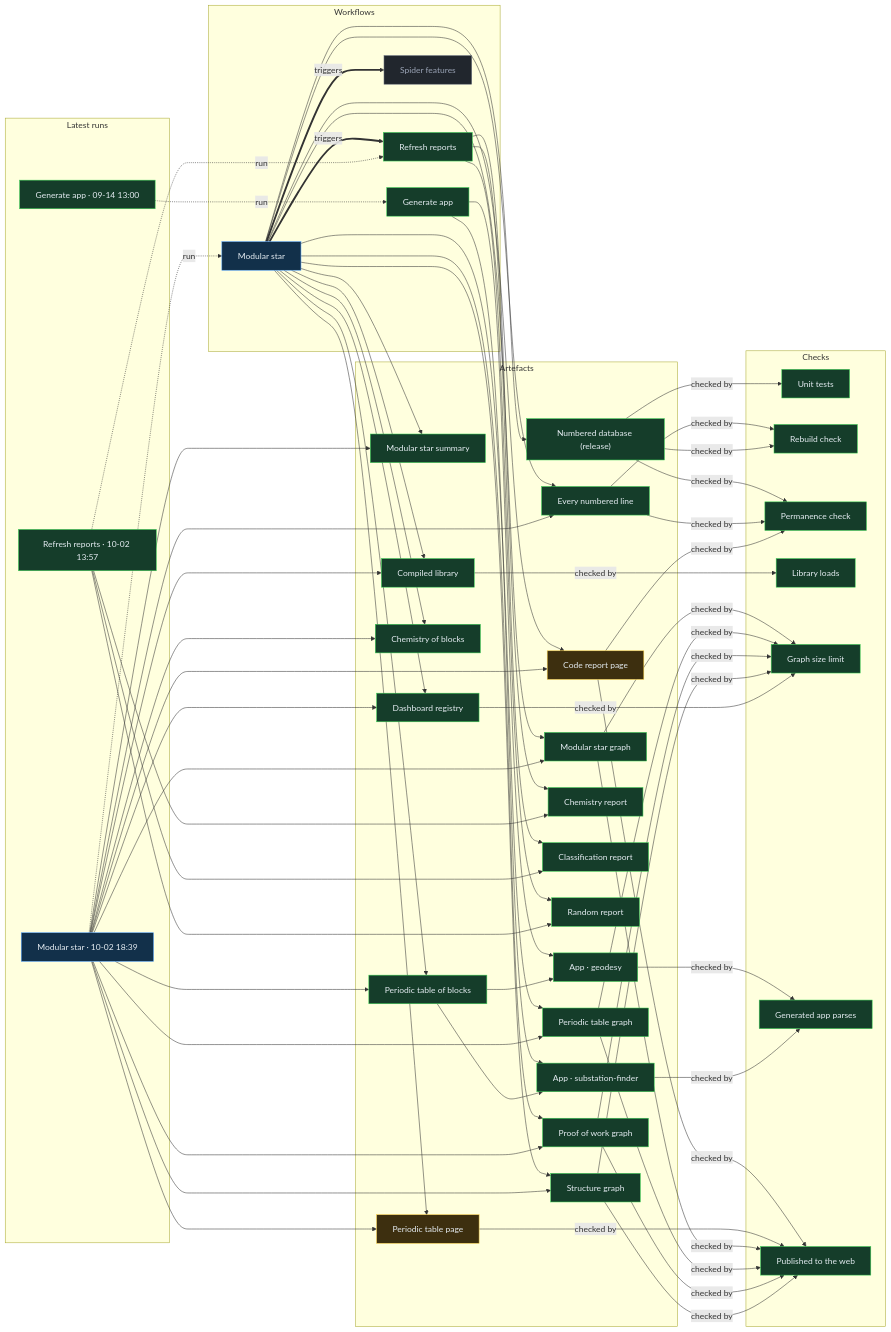
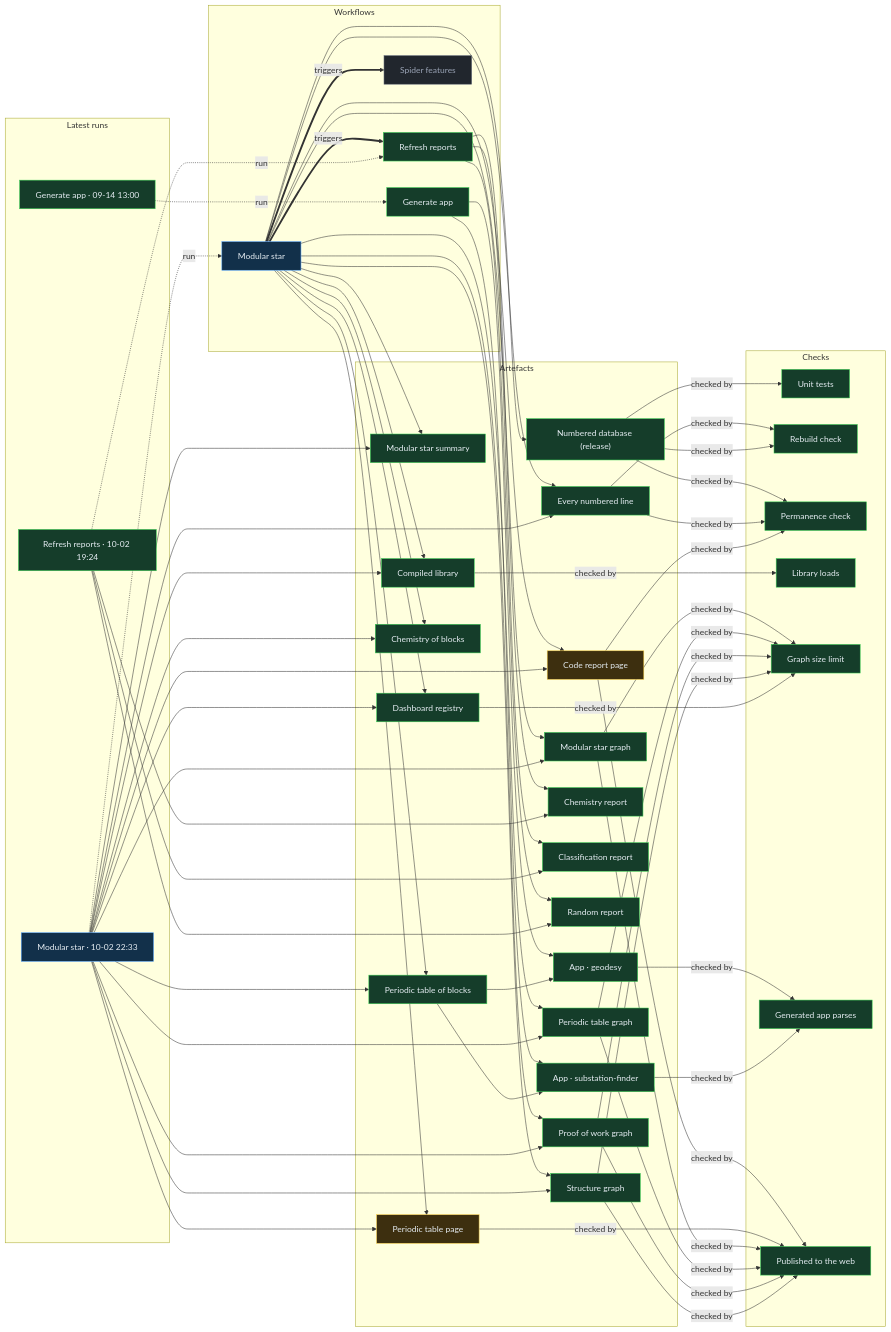
One commit to Ventusltd/stars changed the diagram in proof/PROOF.md. Above: the diagram before and after it, drawn with Mermaid. The commit also changed other lines of this file and 37 other files, not shown here.

Commit message:
Modular star 2026-10-02T22:35Z

```diff
--- a/proof/PROOF.md
+++ b/proof/PROOF.md
@@ -24,8 +24,8 @@
   n_wf_spider_features["Spider features"]:::off
   end
   subgraph g_runs["Latest runs"]
-  n_run_37048959740["Modular star · 10-02 18:39"]:::live
-  n_run_37016541206["Refresh reports · 10-02 13:57"]:::ok
+  n_run_37073083187["Modular star · 10-02 22:33"]:::live
+  n_run_37053930821["Refresh reports · 10-02 19:24"]:::ok
   n_run_34846587798["Generate app · 09-14 13:00"]:::ok
   end
   subgraph g_artefacts["Artefacts"]
@@ -59,39 +59,39 @@
   end
   n_wf_modular_star == triggers ==> n_wf_refresh
   n_wf_modular_star == triggers ==> n_wf_spider_features
-  n_run_37048959740 -. run .-> n_wf_modular_star
-  n_run_37016541206 -. run .-> n_wf_refresh
+  n_run_37073083187 -. run .-> n_wf_modular_star
+  n_run_37053930821 -. run .-> n_wf_refresh
   n_run_34846587798 -. run .-> n_wf_generate
   n_wf_modular_star --> n_art_summary
-  n_run_37048959740 --> n_art_summary
+  n_run_37073083187 --> n_art_summary
   n_wf_modular_star --> n_art_lines
-  n_run_37048959740 --> n_art_lines
+  n_run_37073083187 --> n_art_lines
   n_wf_modular_star --> n_art_code
-  n_run_37048959740 --> n_art_code
+  n_run_37073083187 --> n_art_code
   n_wf_modular_star --> n_art_modular_graph
-  n_run_37048959740 --> n_art_modular_graph
+  n_run_37073083187 --> n_art_modular_graph
   n_wf_modular_star --> n_art_blocks
-  n_run_37048959740 --> n_art_blocks
+  n_run_37073083187 --> n_art_blocks
   n_wf_modular_star --> n_art_table
-  n_run_37048959740 --> n_art_table
+  n_run_37073083187 --> n_art_table
   n_wf_modular_star --> n_art_blocks_graph
-  n_run_37048959740 --> n_art_blocks_graph
+  n_run_37073083187 --> n_art_blocks_graph
   n_wf_modular_star --> n_art_reactions
-  n_run_37048959740 --> n_art_reactions
+  n_run_37073083187 --> n_art_reactions
   n_wf_modular_star --> n_art_library
-  n_run_37048959740 --> n_art_library
+  n_run_37073083187 --> n_art_library
   n_wf_modular_star --> n_art_features
-  n_run_37048959740 --> n_art_features
+  n_run_37073083187 --> n_art_features
   n_wf_modular_star --> n_art_proof
-  n_run_37048959740 --> n_art_proof
+  n_run_37073083187 --> n_art_proof
   n_wf_modular_star --> n_art_structure
-  n_run_37048959740 --> n_art_structure
+  n_run_37073083187 --> n_art_structure
   n_wf_refresh --> n_art_chemistry
-  n_run_37016541206 --> n_art_chemistry
+  n_run_37053930821 --> n_art_chemistry
   n_wf_refresh --> n_art_vedic
-  n_run_37016541206 --> n_art_vedic
+  n_run_37053930821 --> n_art_vedic
   n_wf_refresh --> n_art_random
-  n_run_37016541206 --> n_art_random
+  n_run_37053930821 --> n_art_random
   n_wf_modular_star --> n_art_release
   n_wf_generate --> n_app_geodesy
   n_art_blocks --> n_app_geodesy
```
